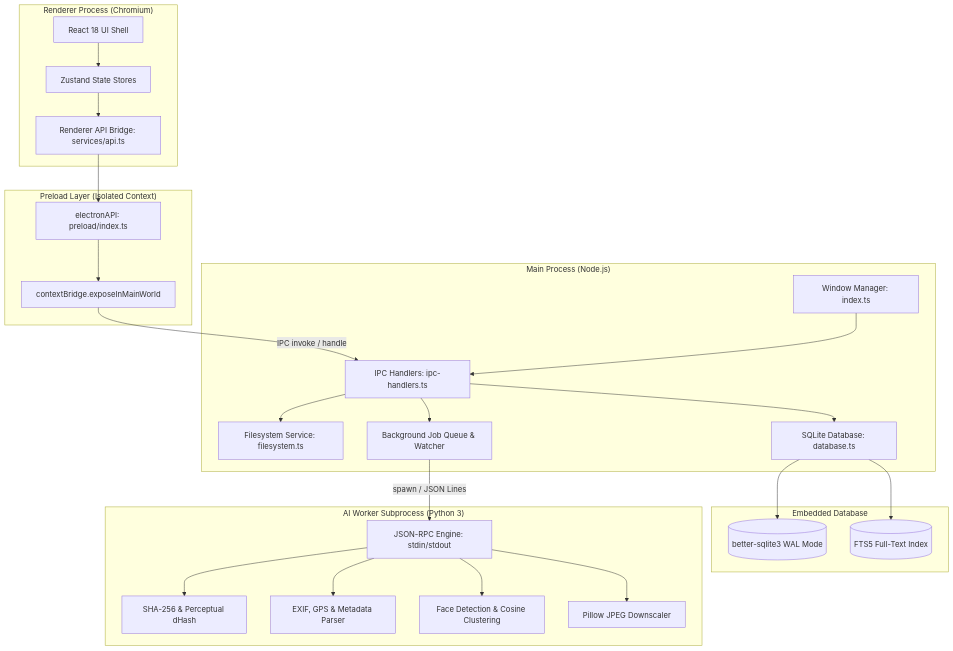
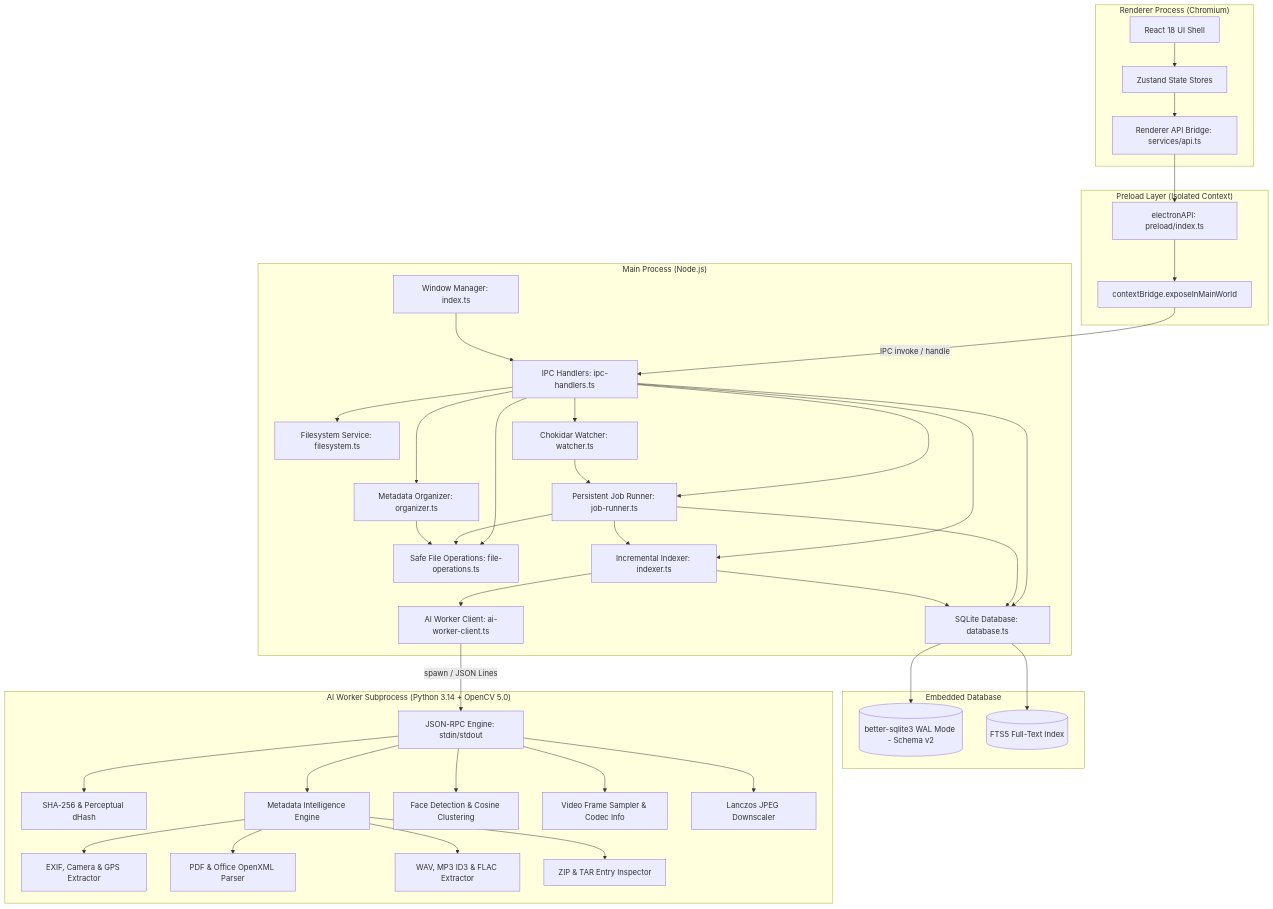
The first of 2 diagrams in docs/ARCHITECTURE.md (jayant-barle/Nexora), drawn with Mermaid before and after one commit. The commit also changed other lines of this file and 128 other files, not shown here.

````diff
--- a/docs/ARCHITECTURE.md
+++ b/docs/ARCHITECTURE.md
@@ -16,52 +16,78 @@
 ```mermaid
 graph TB
     subgraph "Renderer Process (Chromium)"
         UI[React 18 UI Shell]
         Stores[Zustand State Stores]
         APIBridge[Renderer API Bridge: services/api.ts]
         UI --> Stores
         Stores --> APIBridge
     end
 
     subgraph "Preload Layer (Isolated Context)"
         ContextBridge[contextBridge.exposeInMainWorld]
         PreloadAPI[electronAPI: preload/index.ts]
         APIBridge --> PreloadAPI
         PreloadAPI --> ContextBridge
     end
 
     subgraph "Main Process (Node.js)"
         IPC[IPC Handlers: ipc-handlers.ts]
         WinManager[Window Manager: index.ts]
         FSService[Filesystem Service: filesystem.ts]
         DBService[SQLite Database: database.ts]
-        JobQueue[Background Job Queue & Watcher]
+        FileOps[Safe File Operations: file-operations.ts]
+        Indexer[Incremental Indexer: indexer.ts]
+        Organizer[Metadata Organizer: organizer.ts]
+        JobQueue[Persistent Job Runner: job-runner.ts]
+        Watcher[Chokidar Watcher: watcher.ts]
+        AIClient[AI Worker Client: ai-worker-client.ts]
         
         ContextBridge -->|IPC invoke / handle| IPC
         IPC --> FSService
         IPC --> DBService
+        IPC --> FileOps
+        IPC --> Indexer
+        IPC --> Organizer
         IPC --> JobQueue
+        IPC --> Watcher
         WinManager --> IPC
+        JobQueue --> Indexer
+        JobQueue --> FileOps
+        JobQueue --> DBService
+        Organizer --> FileOps
+        Watcher --> JobQueue
+        Indexer --> AIClient
+        Indexer --> DBService
     end
 
     subgraph "Embedded Database"
-        SQLite[(better-sqlite3 WAL Mode)]
+        SQLite[(better-sqlite3 WAL Mode - Schema v2)]
         FTS5[(FTS5 Full-Text Index)]
         DBService --> SQLite
         DBService --> FTS5
     end
 
-    subgraph "AI Worker Subprocess (Python 3)"
+    subgraph "AI Worker Subprocess (Python 3.14 + OpenCV 5.0)"
         JSONRPC[JSON-RPC Engine: stdin/stdout]
         HashEngine[SHA-256 & Perceptual dHash]
-        EXIFParser[EXIF, GPS & Metadata Parser]
+        MetadataEngine[Metadata Intelligence Engine]
+        EXIFParser[EXIF, Camera & GPS Extractor]
+        DocParser[PDF & Office OpenXML Parser]
+        AudioParser[WAV, MP3 ID3 & FLAC Extractor]
+        ArchiveParser[ZIP & TAR Entry Inspector]
         FaceEngine[Face Detection & Cosine Clustering]
-        ThumbnailGen[Pillow JPEG Downscaler]
+        VideoEngine[Video Frame Sampler & Codec Info]
+        ThumbnailGen[Lanczos JPEG Downscaler]
         
-        JobQueue -->|spawn / JSON Lines| JSONRPC
+        AIClient -->|spawn / JSON Lines| JSONRPC
         JSONRPC --> HashEngine
-        JSONRPC --> EXIFParser
+        JSONRPC --> MetadataEngine
+        MetadataEngine --> EXIFParser
+        MetadataEngine --> DocParser
+        MetadataEngine --> AudioParser
+        MetadataEngine --> ArchiveParser
         JSONRPC --> FaceEngine
+        JSONRPC --> VideoEngine
         JSONRPC --> ThumbnailGen
     end
 ```
````
